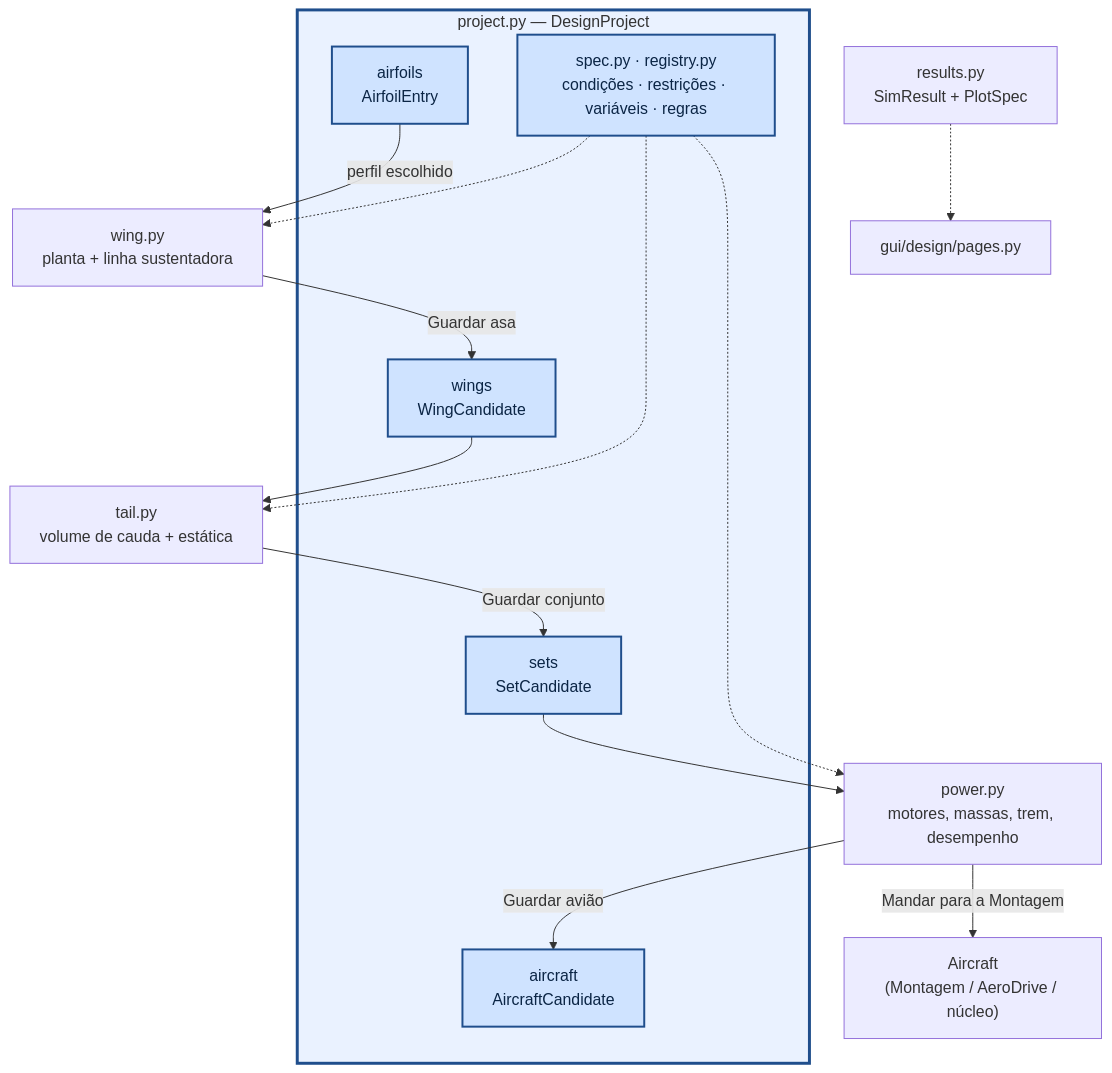
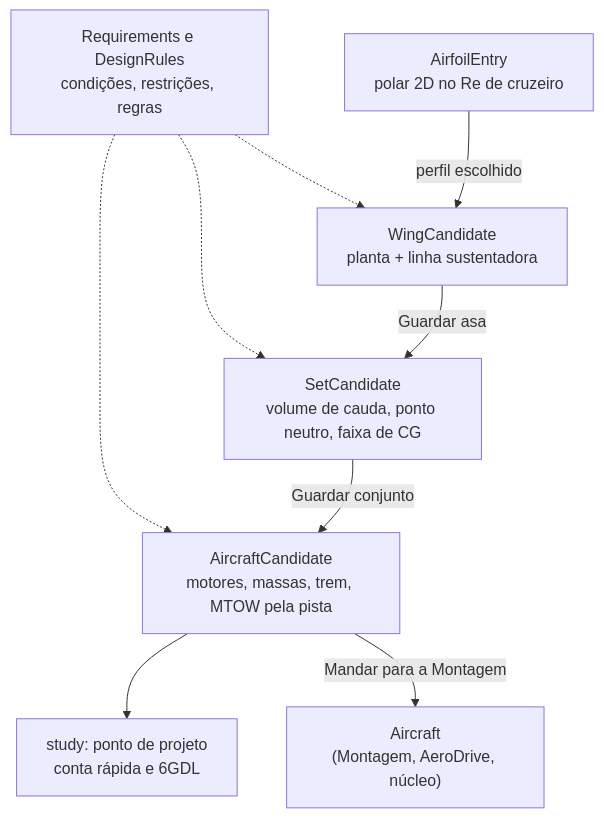
Before and after one commit to vitordallolivo/AircraftSimulation: the diagram in aerosim/design/README.md, drawn with Mermaid. The commit also changed other lines of this file, not shown here.

First line of the commit message:
README do projeto por etapas no formato curto

````diff
--- a/aerosim/design/README.md
+++ b/aerosim/design/README.md
@@ -31,22 +22,9 @@
 ```mermaid
 flowchart TB
-    subgraph P["project.py — DesignProject"]
-        RQ["spec.py · registry.py<br/>condições · restrições · variáveis · regras"]
-        AF["airfoils<br/>AirfoilEntry"]
-        WC["wings<br/>WingCandidate"]
-        SC["sets<br/>SetCandidate"]
-        AC["aircraft<br/>AircraftCandidate"]
-    end
-    AF -->|"perfil escolhido"| W["wing.py<br/>planta + linha sustentadora"]
-    W -->|"Guardar asa"| WC
-    WC --> T["tail.py<br/>volume de cauda + estática"]
-    T -->|"Guardar conjunto"| SC
-    SC --> PW["power.py<br/>motores, massas, trem, desempenho"]
-    PW -->|"Guardar avião"| AC
-    PW -->|"Mandar para a Montagem"| M["Aircraft<br/>(Montagem / AeroDrive / núcleo)"]
-    RQ -.-> W & T & PW
-    R["results.py<br/>SimResult + PlotSpec"] -.-> GUI["gui/design/pages.py"]
-    classDef iface fill:#cfe3ff,stroke:#1f4e8c,stroke-width:2px,color:#0b2545
-    class RQ,AF,WC,SC,AC iface
-    style P fill:#eaf2ff,stroke:#1f4e8c,stroke-width:3px
+    RQ["Requirements e DesignRules<br/>condições, restrições, regras"] -.-> W & T & PW
+    AF["AirfoilEntry<br/>polar 2D no Re de cruzeiro"] -->|"perfil escolhido"| W["WingCandidate<br/>planta + linha sustentadora"]
+    W -->|"Guardar asa"| T["SetCandidate<br/>volume de cauda, ponto neutro, faixa de CG"]
+    T -->|"Guardar conjunto"| PW["AircraftCandidate<br/>motores, massas, trem, MTOW pela pista"]
+    PW --> ST["study: ponto de projeto<br/>conta rápida e 6GDL"]
+    PW -->|"Mandar para a Montagem"| AC["Aircraft<br/>(Montagem, AeroDrive, núcleo)"]
 ```
````
